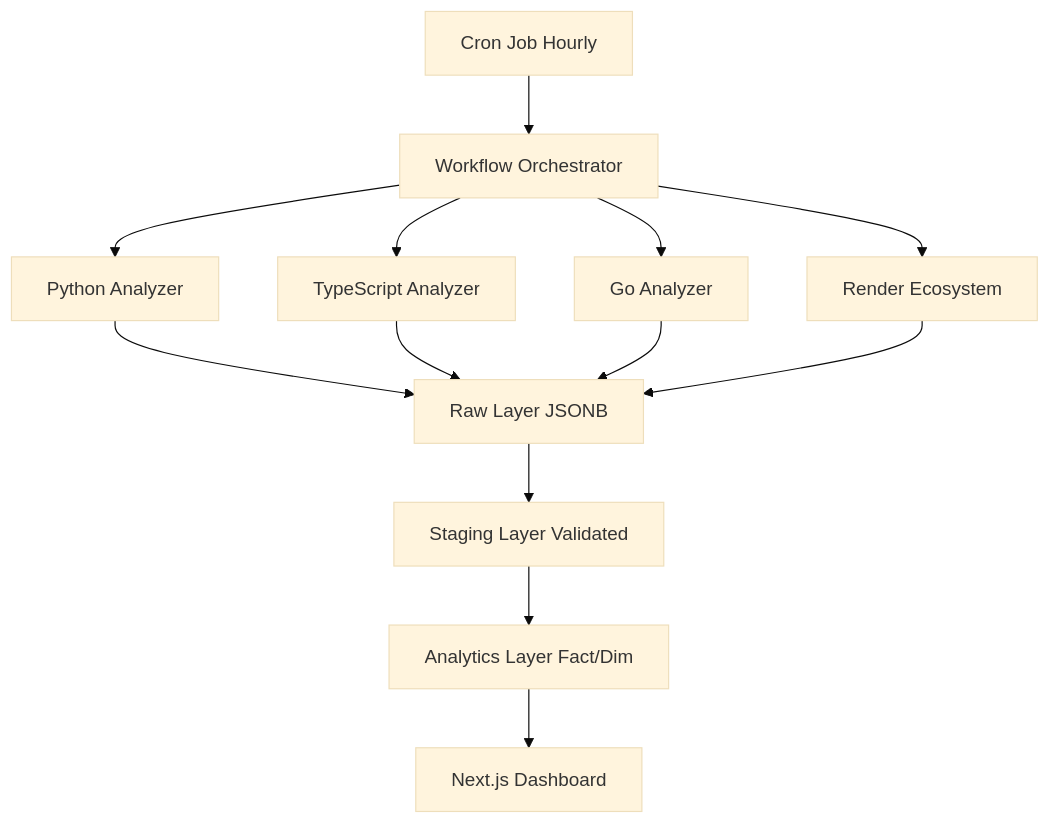
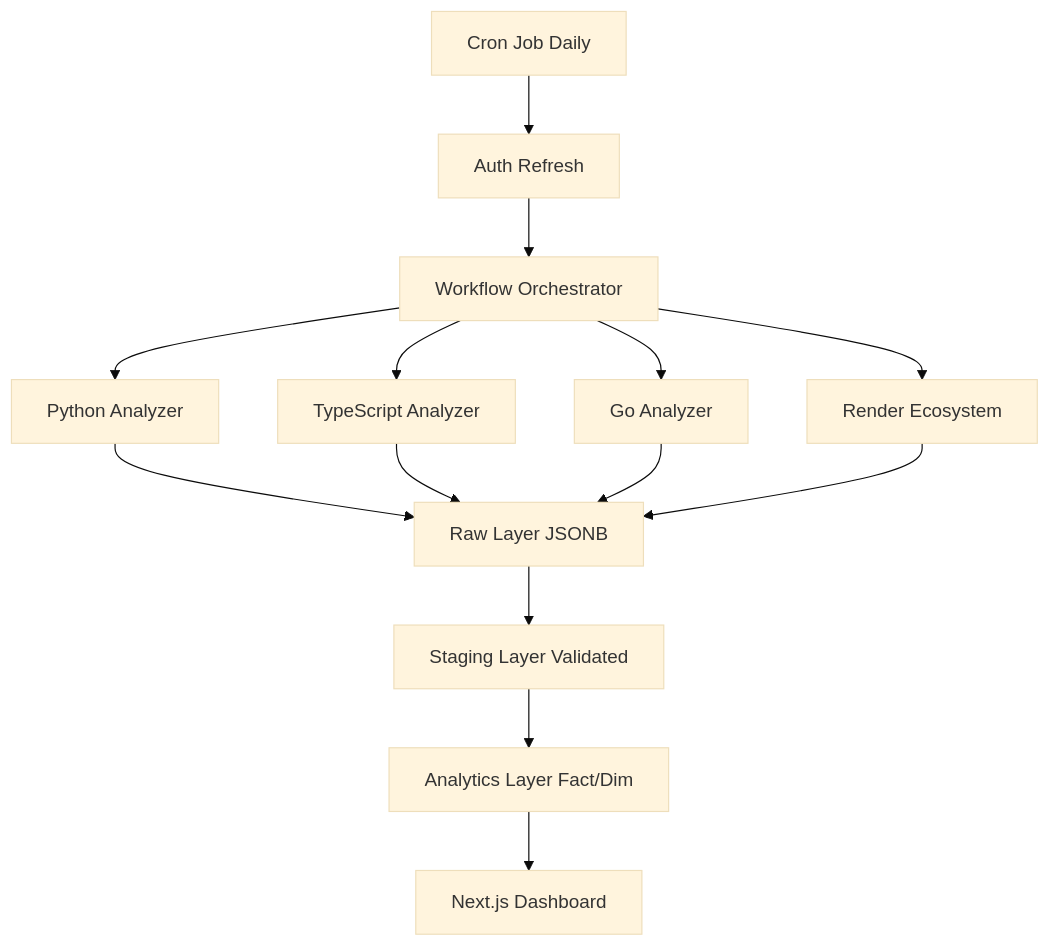
The diagram in README.md (render-examples/trender), drawn with Mermaid (base theme) before and after one commit. The commit also changed other lines of this file and 8 other files, not shown here.

First line of the commit message:
feat: implement daily GitHub OAuth token refresh mechanism

````diff
--- a/README.md
+++ b/README.md
@@ -47,15 +45,16 @@
 ```mermaid
 graph TD
-    A[Cron Job Hourly] --> B[Workflow Orchestrator]
-    B --> C[Python Analyzer]
-    B --> D[TypeScript Analyzer]
-    B --> E[Go Analyzer]
-    B --> F[Render Ecosystem]
-    C --> G[Raw Layer JSONB]
-    D --> G
-    E --> G
-    F --> G
-    G --> H[Staging Layer Validated]
-    H --> I[Analytics Layer Fact/Dim]
-    I --> J[Next.js Dashboard]
+    A[Cron Job Daily] --> B[Auth Refresh]
+    B --> C[Workflow Orchestrator]
+    C --> D[Python Analyzer]
+    C --> E[TypeScript Analyzer]
+    C --> F[Go Analyzer]
+    C --> G[Render Ecosystem]
+    D --> H[Raw Layer JSONB]
+    E --> H
+    F --> H
+    G --> H
+    H --> I[Staging Layer Validated]
+    I --> J[Analytics Layer Fact/Dim]
+    J --> K[Next.js Dashboard]
 ```
````
